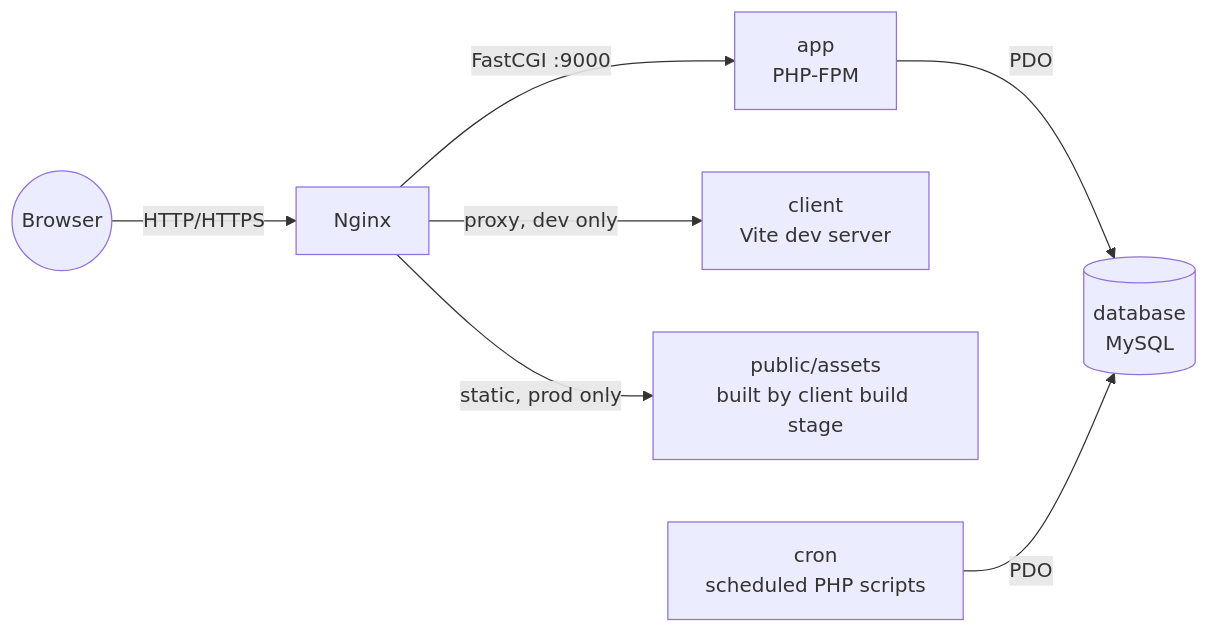
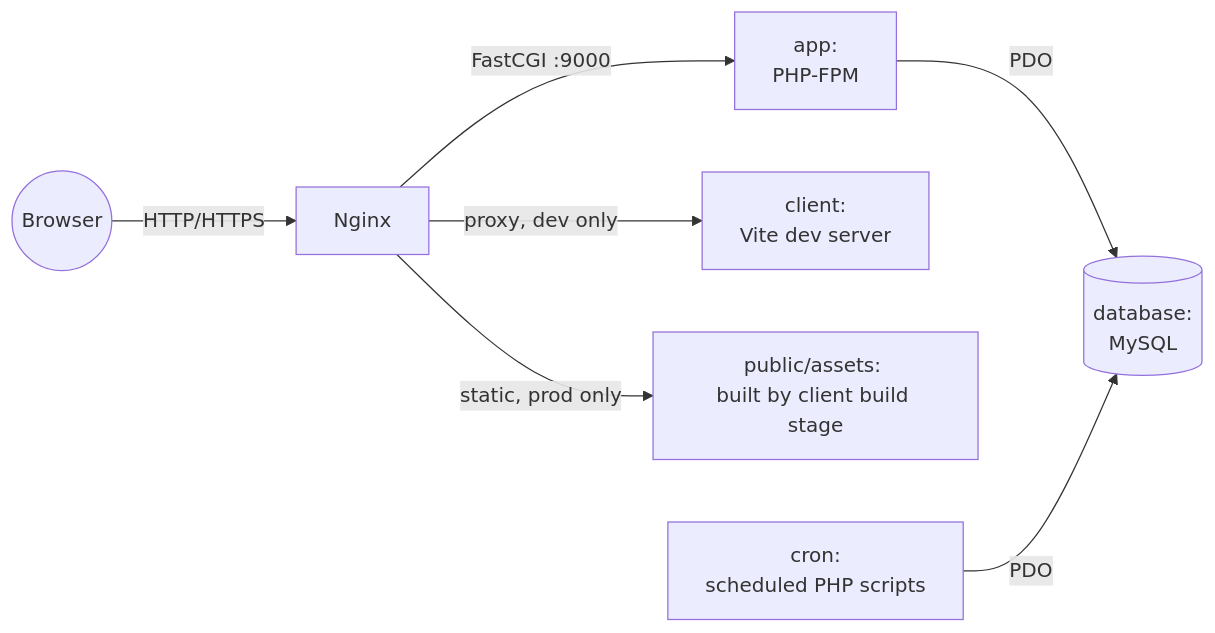
The first of 2 diagrams in doc/ARCHITECTURE.md (ysengoku/camagru), drawn with Mermaid before and after one commit. The commit also changed other lines of this file and 10 other files, not shown here.

First line of the commit message:
doc: rewrite ARCHITECTURE.md and AUTH.md, fix issues found along the way

````diff
--- a/doc/ARCHITECTURE.md
+++ b/doc/ARCHITECTURE.md
@@ -35,9 +16,9 @@
 ```mermaid
 flowchart LR
     Client((Browser)) -->|HTTP/HTTPS| Nginx
-    Nginx -->|FastCGI :9000| App[app<br/>PHP-FPM]
-    Nginx -->|proxy, dev only| ViteDev[client<br/>Vite dev server]
-    Nginx -->|static, prod only| Assets[public/assets<br/>built by client build stage]
-    App -->|PDO| Database[(database<br/>MySQL)]
-    Cron[cron<br/>scheduled PHP scripts] -->|PDO| Database
+    Nginx -->|FastCGI :9000| App[app: <br/>PHP-FPM]
+    Nginx -->|proxy, dev only| ViteDev[client: <br/>Vite dev server]
+    Nginx -->|static, prod only| Assets[public/assets: <br/>built by client build stage]
+    App -->|PDO| Database[(database: <br/>MySQL)]
+    Cron[cron: <br/>scheduled PHP scripts] -->|PDO| Database
 ```
````
